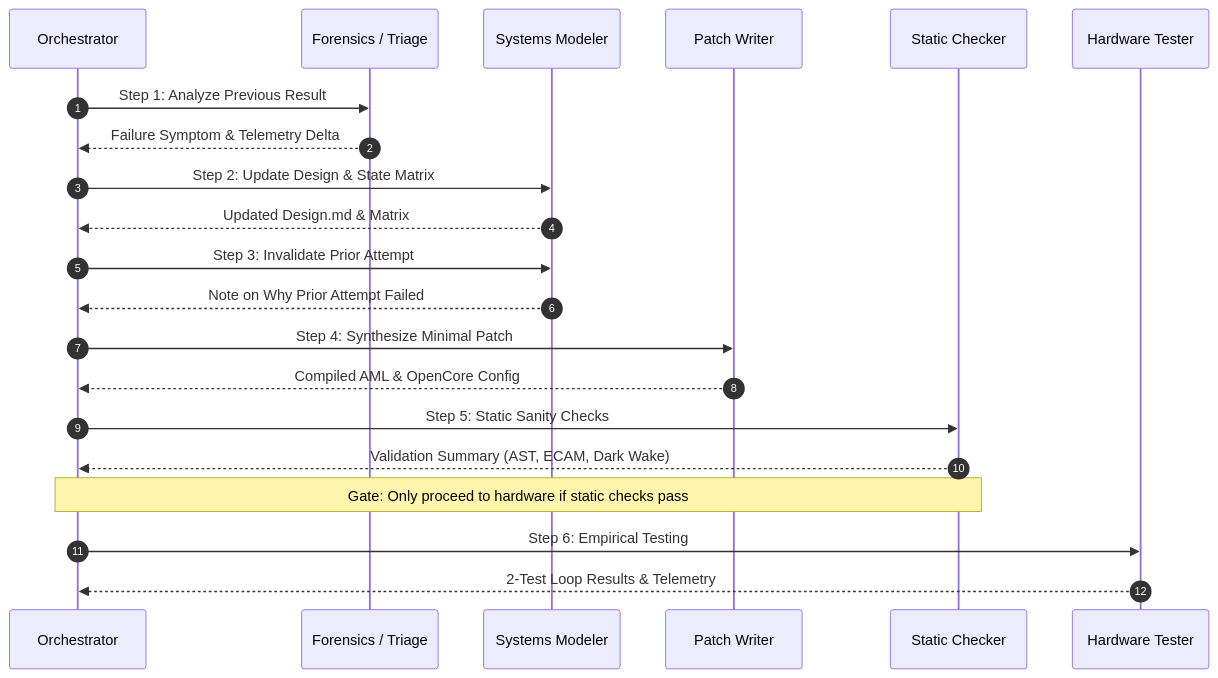
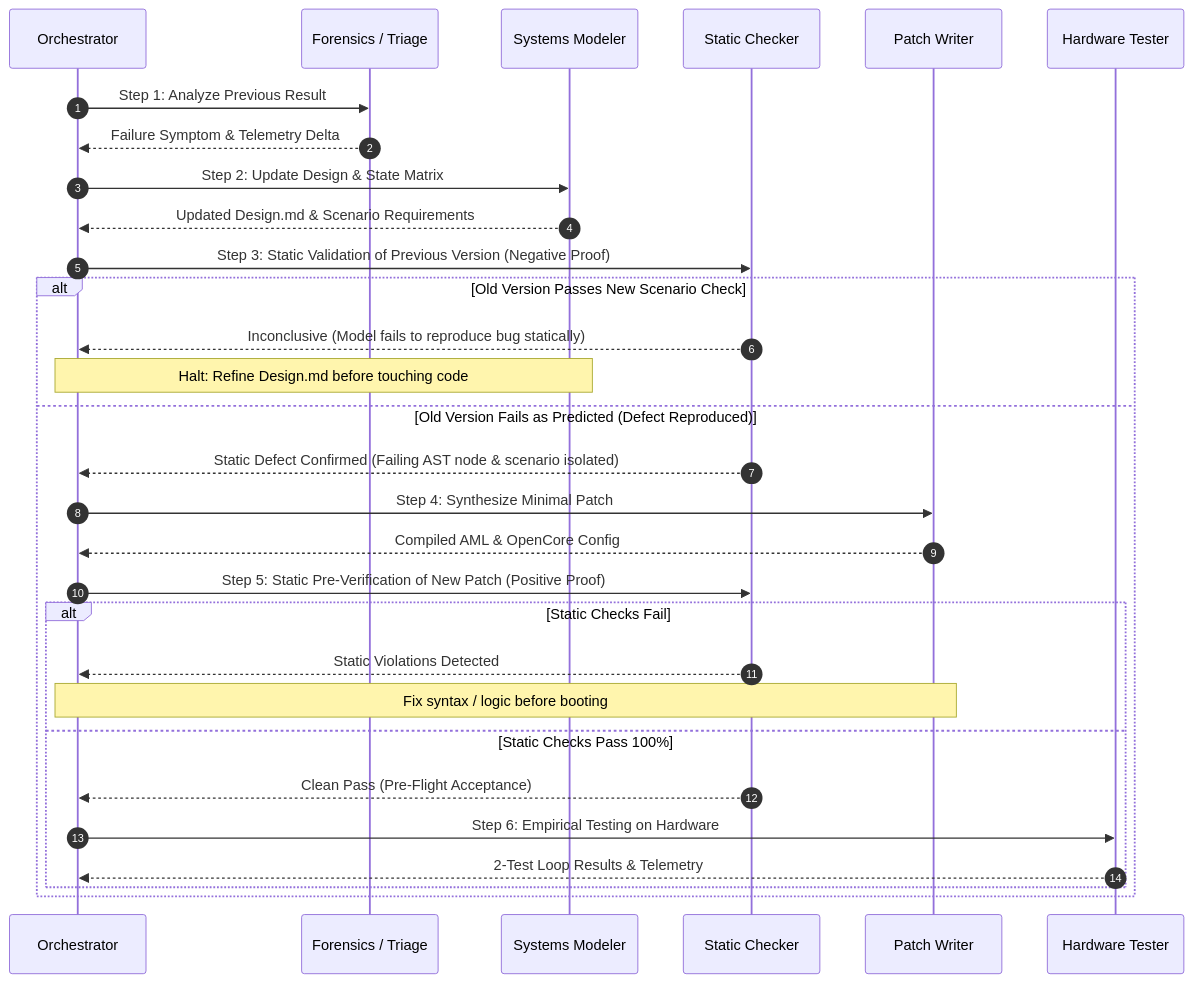
One commit to datacompboy/xmg_deep_sleep changed the second of 2 diagrams in DeepSleepInvestigateSkill/modern-standby-orchestrator/SKILL.md. Above: the diagram before and after it, drawn with Mermaid. The commit also changed other lines of this file and 4 other files, not shown here.

Commit message:
Add auto-re-validate previous static testing after design update.

````diff
--- a/DeepSleepInvestigateSkill/modern-standby-orchestrator/SKILL.md
+++ b/DeepSleepInvestigateSkill/modern-standby-orchestrator/SKILL.md
@@ -89,24 +91,33 @@
 ```mermaid
 sequenceDiagram
     autonumber
     participant Orch as Orchestrator
     participant Forensics as Forensics / Triage
     participant Arch as Systems Modeler
+    participant Verifier as Static Checker
     participant Synth as Patch Writer
-    participant Verifier as Static Checker
     participant Collector as Hardware Tester
 
     Orch->>Forensics: Step 1: Analyze Previous Result
     Forensics-->>Orch: Failure Symptom & Telemetry Delta
     Orch->>Arch: Step 2: Update Design & State Matrix
-    Arch-->>Orch: Updated Design.md & Matrix
-    Orch->>Arch: Step 3: Invalidate Prior Attempt
-    Arch-->>Orch: Note on Why Prior Attempt Failed
-    Orch->>Synth: Step 4: Synthesize Minimal Patch
-    Synth-->>Orch: Compiled AML & OpenCore Config
-    Orch->>Verifier: Step 5: Static Sanity Checks
-    Verifier-->>Orch: Validation Summary (AST, ECAM, Dark Wake)
-    Note over Orch,Verifier: Gate: Only proceed to hardware if static checks pass
-    Orch->>Collector: Step 6: Empirical Testing
-    Collector-->>Orch: 2-Test Loop Results & Telemetry
+    Arch-->>Orch: Updated Design.md & Scenario Requirements
+    Orch->>Verifier: Step 3: Static Validation of Previous Version (Negative Proof)
+    alt Old Version Passes New Scenario Check
+        Verifier-->>Orch: Inconclusive (Model fails to reproduce bug statically)
+        Note over Orch,Arch: Halt: Refine Design.md before touching code
+    else Old Version Fails as Predicted (Defect Reproduced)
+        Verifier-->>Orch: Static Defect Confirmed (Failing AST node & scenario isolated)
+        Orch->>Synth: Step 4: Synthesize Minimal Patch
+        Synth-->>Orch: Compiled AML & OpenCore Config
+        Orch->>Verifier: Step 5: Static Pre-Verification of New Patch (Positive Proof)
+        alt Static Checks Fail
+            Verifier-->>Orch: Static Violations Detected
+            Note over Orch,Synth: Fix syntax / logic before booting
+        else Static Checks Pass 100%
+            Verifier-->>Orch: Clean Pass (Pre-Flight Acceptance)
+            Orch->>Collector: Step 6: Empirical Testing on Hardware
+            Collector-->>Orch: 2-Test Loop Results & Telemetry
+        end
+    end
 ```
````
